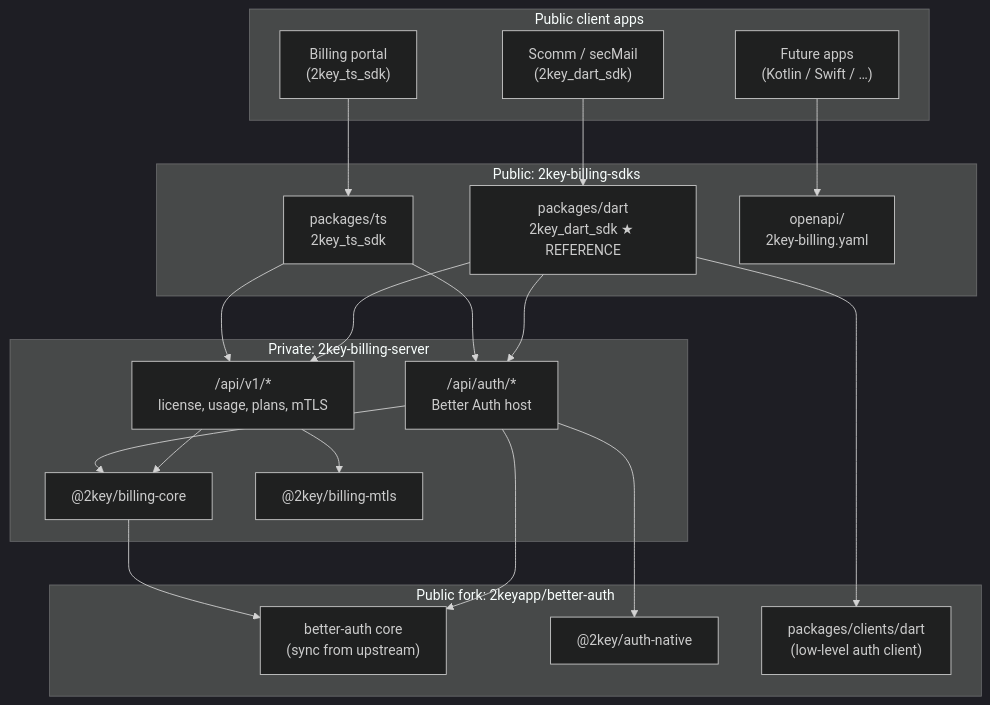
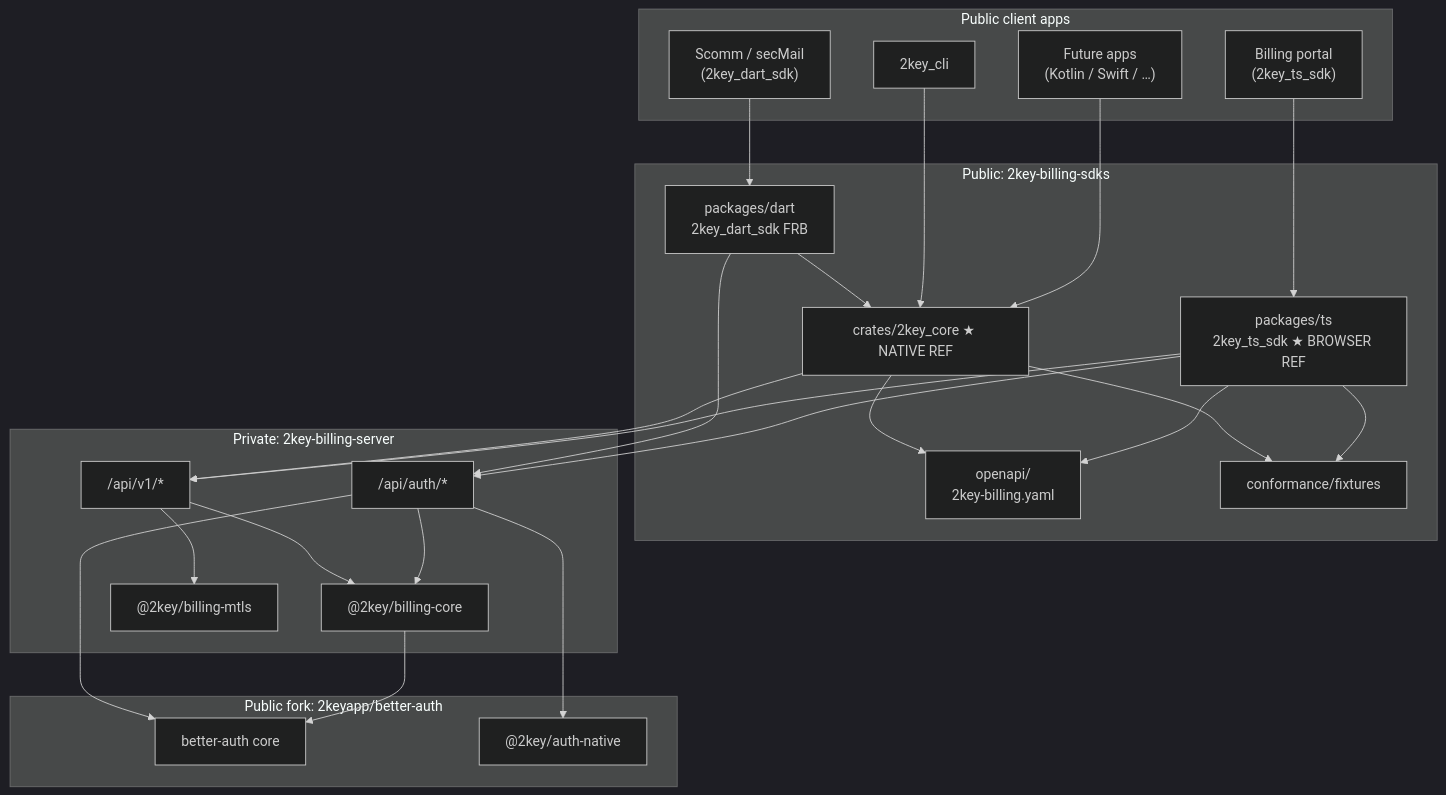
The diagram in docs/2key-billing-sdk-architecture.md (2keyapp/billing_dart_sdk), drawn with Mermaid (dark theme) before and after one commit. The commit also changed other lines of this file and 5 other files, not shown here.

First line of the commit message:
Update README and architecture documentation for 2key Billing SDK

````diff
--- a/docs/2key-billing-sdk-architecture.md
+++ b/docs/2key-billing-sdk-architecture.md
@@ -109,44 +116,51 @@
 ```mermaid
 flowchart TB
   subgraph public_clients["Public client apps"]
     Scomm["Scomm / secMail\n(2key_dart_sdk)"]
+    Cli["2key_cli"]
     Portal["Billing portal\n(2key_ts_sdk)"]
     Future["Future apps\n(Kotlin / Swift / …)"]
   end
 
   subgraph public_sdks["Public: 2key-billing-sdks"]
-    DartSDK["packages/dart\n2key_dart_sdk ★ REFERENCE"]
-    BrowserSDK["packages/ts\n2key_ts_sdk"]
+    Core["crates/2key_core ★ NATIVE REF"]
+    DartSDK["packages/dart\n2key_dart_sdk FRB"]
+    BrowserSDK["packages/ts\n2key_ts_sdk ★ BROWSER REF"]
     OpenAPI["openapi/\n2key-billing.yaml"]
+    Fixtures["conformance/fixtures"]
   end
 
   subgraph private_server["Private: 2key-billing-server"]
-    API["/api/v1/*\nlicense, usage, plans, mTLS"]
-    AuthHost["/api/auth/*\nBetter Auth host"]
-    Core["@2key/billing-core"]
+    API["/api/v1/*"]
+    AuthHost["/api/auth/*"]
+    CorePkg["@2key/billing-core"]
     MTLS["@2key/billing-mtls"]
   end
 
   subgraph auth_fork["Public fork: 2keyapp/better-auth"]
-    BA["better-auth core\n(sync from upstream)"]
+    BA["better-auth core"]
     NativePlugin["@2key/auth-native"]
-    DartAuth["packages/clients/dart\n(low-level auth client)"]
   end
 
   Scomm --> DartSDK
+  DartSDK --> Core
+  Cli --> Core
+  Future --> Core
   Portal --> BrowserSDK
-  Future --> OpenAPI
+  Core --> OpenAPI
+  BrowserSDK --> OpenAPI
+  Core --> Fixtures
+  BrowserSDK --> Fixtures
 
-  DartSDK --> DartAuth
-  DartSDK --> API
   DartSDK --> AuthHost
+  BrowserSDK --> AuthHost
+  Core --> API
   BrowserSDK --> API
-  BrowserSDK --> AuthHost
 
   AuthHost --> BA
   AuthHost --> NativePlugin
-  API --> Core
+  API --> CorePkg
   API --> MTLS
-  AuthHost --> Core
-  Core --> BA
+  AuthHost --> CorePkg
+  CorePkg --> BA
 ```
````
